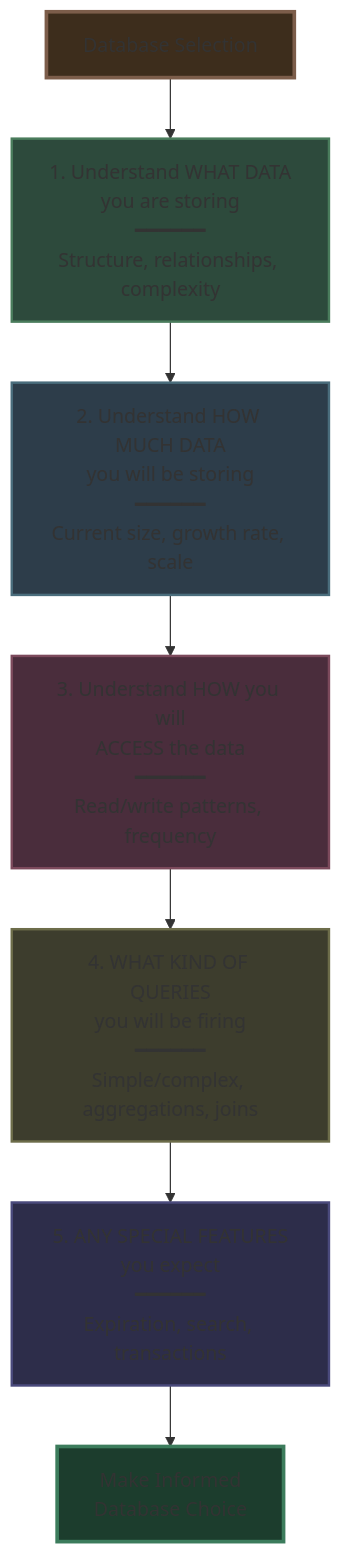
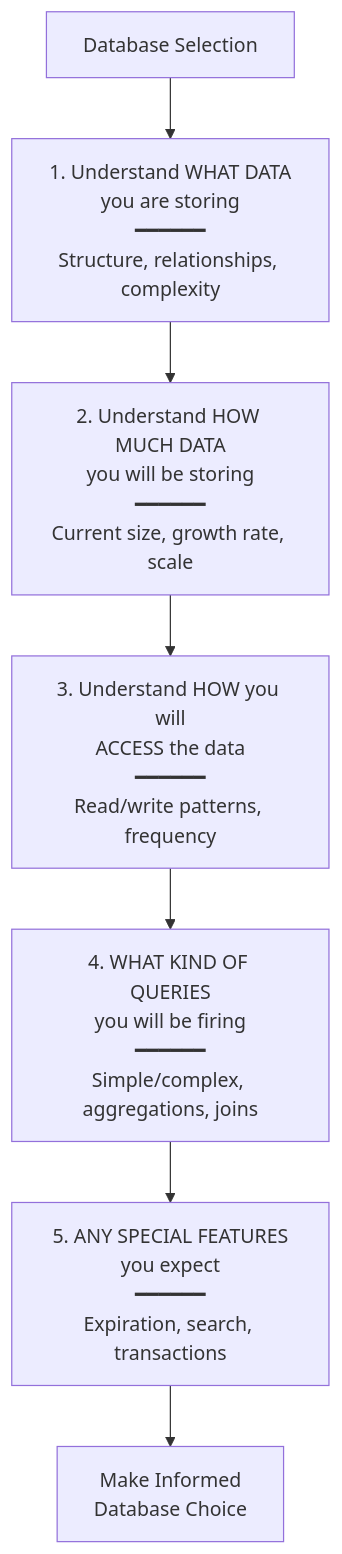
The eighth of 21 diagrams in system design beginner/10. Picking the right database.md (Yash-Kavaiya/The-System-Design-Masterclass), drawn with Mermaid before and after one commit. The commit also changed other lines of this file, not shown here.

````diff
--- a/system design beginner/10. Picking the right database.md
+++ b/system design beginner/10. Picking the right database.md
@@ -283,24 +254,17 @@
 ```mermaid
 graph TB
     START[Database Selection]
     
     START --> S1[1. Understand WHAT DATA<br/>you are storing<br/>━━━━━━<br/>Structure, relationships, complexity]
     
     S1 --> S2[2. Understand HOW MUCH DATA<br/>you will be storing<br/>━━━━━━<br/>Current size, growth rate, scale]
     
     S2 --> S3[3. Understand HOW you will<br/>ACCESS the data<br/>━━━━━━<br/>Read/write patterns, frequency]
     
     S3 --> S4[4. WHAT KIND OF QUERIES<br/>you will be firing<br/>━━━━━━<br/>Simple/complex, aggregations, joins]
     
     S4 --> S5[5. ANY SPECIAL FEATURES<br/>you expect<br/>━━━━━━<br/>Expiration, search, transactions]
     
     S5 --> DECISION[Make Informed<br/>Database Choice]
     
-    style START fill:#3d2d1c,stroke:#7c5d4a,stroke-width:3px
-    style S1 fill:#2d4a3c,stroke:#4a7c5c,stroke-width:2px
-    style S2 fill:#2d3d4a,stroke:#4a6d7c,stroke-width:2px
-    style S3 fill:#4a2d3c,stroke:#7c4a5c,stroke-width:2px
-    style S4 fill:#3d3d2d,stroke:#6d6d4a,stroke-width:2px
-    style S5 fill:#2d2d4a,stroke:#4a4a7c,stroke-width:2px
-    style DECISION fill:#1c3d2d,stroke:#3c7c5c,stroke-width:3px
 ```
````
